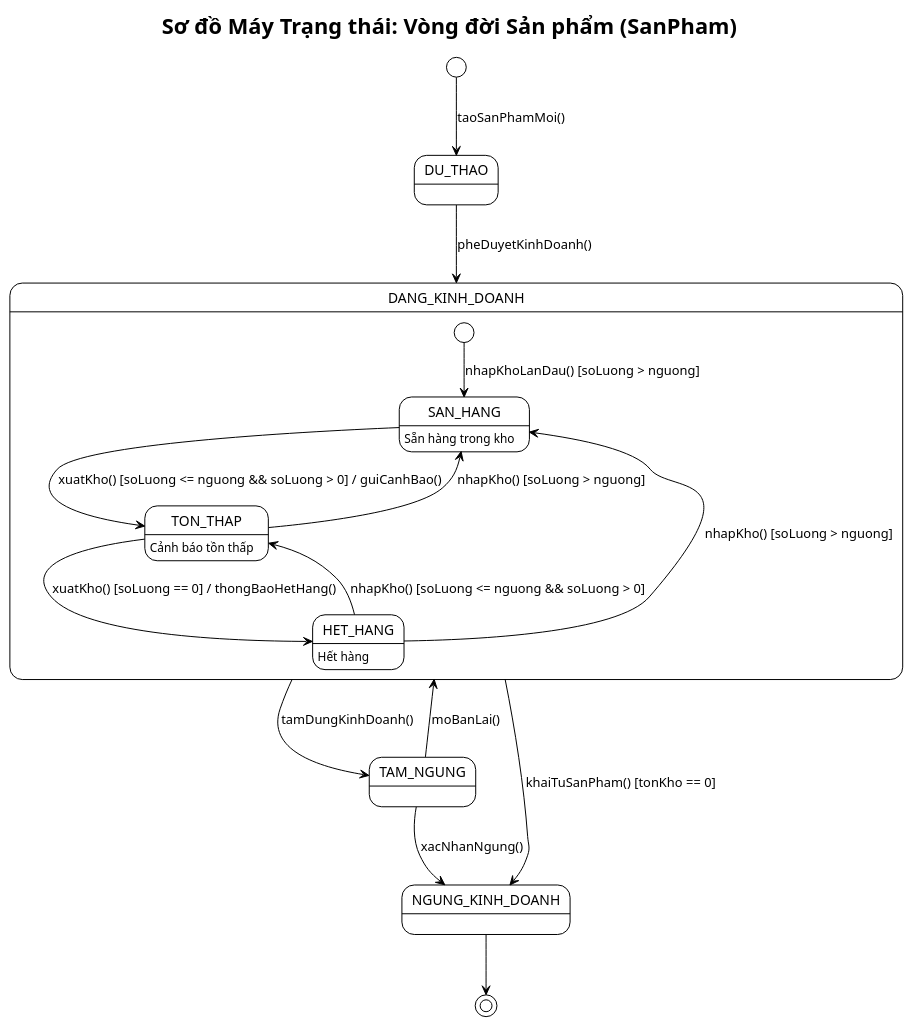
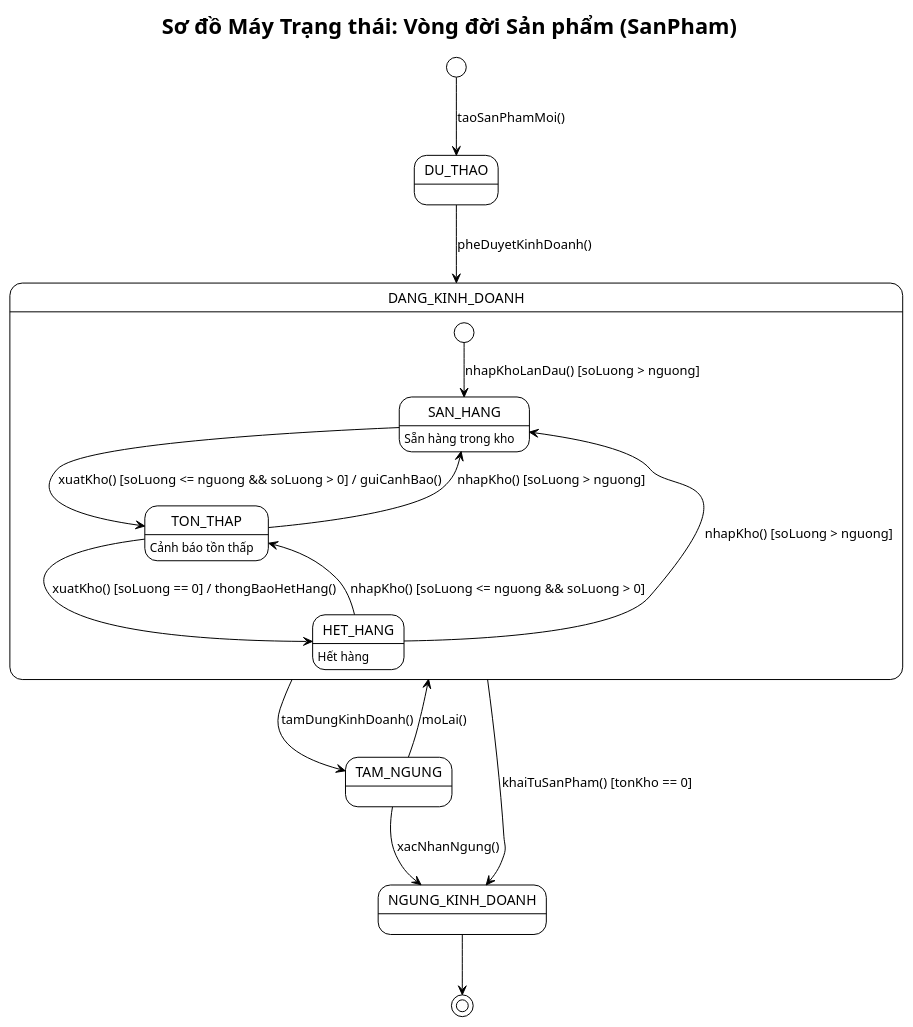
The third of 3 diagrams in BTL-QuanLyKhoHang/plantuml/state-machine.puml (vuhoabinh2416137/G8_Quanlysanphamvakhohang), drawn with PlantUML before and after one commit. The commit also changed other lines of this file and 61 other files, not shown here.

```diff
--- a/BTL-QuanLyKhoHang/plantuml/state-machine.puml
+++ b/BTL-QuanLyKhoHang/plantuml/state-machine.puml
@@ -105,31 +83,32 @@
 @startuml state-san-pham
 !theme plain
+skinparam defaultFontName "Arial"
 title Sơ đồ Máy Trạng thái: Vòng đời Sản phẩm (SanPham)
 
 [*] --> DU_THAO : taoSanPhamMoi()
 
 DU_THAO --> DANG_KINH_DOANH : pheDuyetKinhDoanh()
 
 state DANG_KINH_DOANH {
     SAN_HANG : Sẵn hàng trong kho
     TON_THAP : Cảnh báo tồn thấp
     HET_HANG : Hết hàng
 
     [*] --> SAN_HANG : nhapKhoLanDau() [soLuong > nguong]
-    
+
     SAN_HANG --> TON_THAP : xuatKho() [soLuong <= nguong && soLuong > 0] / guiCanhBao()
     TON_THAP --> SAN_HANG : nhapKho() [soLuong > nguong]
-    
+
     TON_THAP --> HET_HANG : xuatKho() [soLuong == 0] / thongBaoHetHang()
     HET_HANG --> SAN_HANG : nhapKho() [soLuong > nguong]
     HET_HANG --> TON_THAP : nhapKho() [soLuong <= nguong && soLuong > 0]
 }
 
 DANG_KINH_DOANH --> TAM_NGUNG : tamDungKinhDoanh()
-TAM_NGUNG --> DANG_KINH_DOANH : moBanLai()
+TAM_NGUNG --> DANG_KINH_DOANH : moLai()
 
 DANG_KINH_DOANH --> NGUNG_KINH_DOANH : khaiTuSanPham() [tonKho == 0]
 TAM_NGUNG --> NGUNG_KINH_DOANH : xacNhanNgung()
 
 NGUNG_KINH_DOANH --> [*]
 @enduml
```
